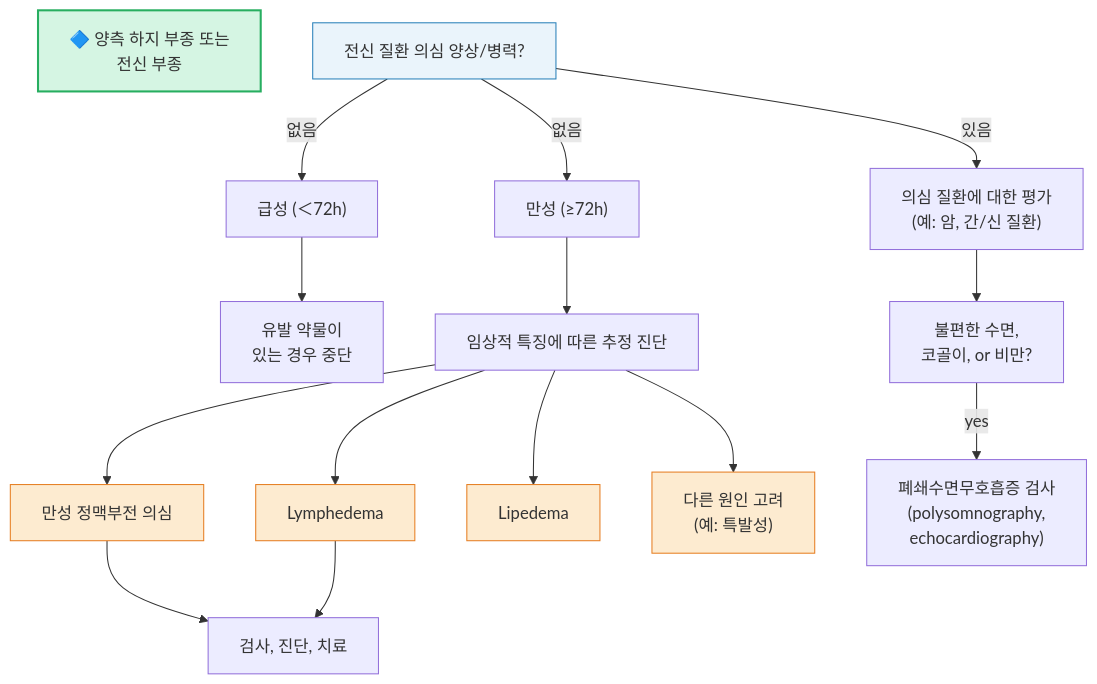
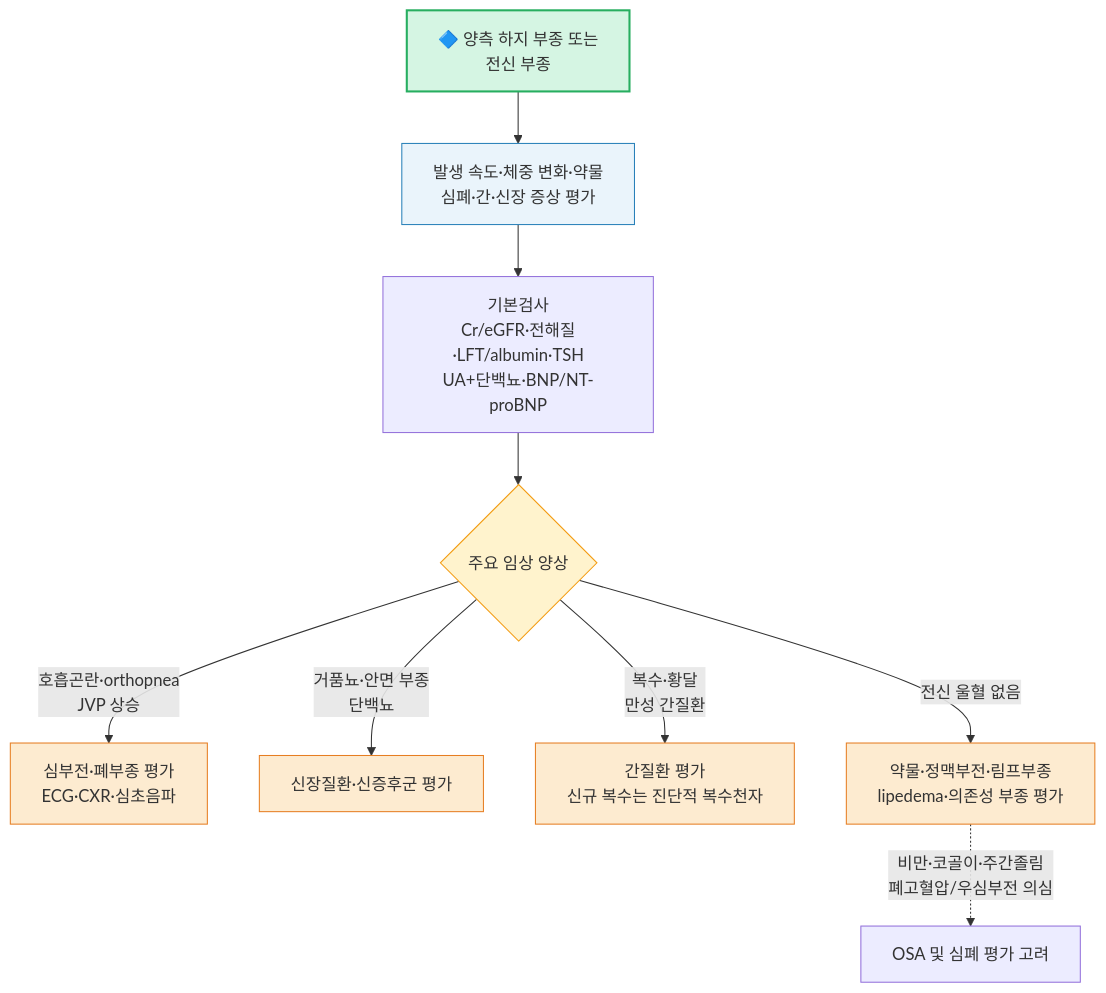
The third of 4 diagrams in 220_/012_-edema.md (familyoh77/familyoh77), drawn with Mermaid before and after one commit. The commit also changed other lines of this file, not shown here.

````diff
--- a/220_/012_-edema.md
+++ b/220_/012_-edema.md
@@ -220,32 +233,20 @@
 ```mermaid
 graph TD
 SG3["🔷 양측 하지 부종 또는 <br/>전신 부종"]
-
-        A3["전신 질환 의심 양상/병력?"]
-        A3 -- "없음" --> B3a["급성 (＜72h)"]
-        A3 -- "없음" --> B3b["만성 (≥72h)"]
-        B3a --> C3a["유발 약물이
-있는 경우 중단"]
-        B3b --> C3b["임상적 특징에 따른 추정 진단"]
-        C3b --> D3a["만성 정맥부전 의심"]
-        C3b --> D3b["Lymphedema"]
-        C3b --> D3c["Lipedema"]
-        C3b --> D3d["다른 원인 고려
-(예: 특발성)"]
-        D3a & D3b --> E3["검사, 진단, 치료"]
-        A3 -- "있음" --> B3c["의심 질환에 대한 평가
-(예: 암, 간/신 질환)"]
-        B3c --> C3c["불편한 수면,
-코골이, or 비만?"]
-        C3c -- "yes" --> D3e["폐쇄수면무호흡증 검사
-(polysomnography,
-echocardiography)"]
-    
+        SG3 --> A3["발생 속도·체중 변화·약물<br/>심폐·간·신장 증상 평가"]
+        A3 --> B3["기본검사<br/>Cr/eGFR·전해질·LFT/albumin·TSH<br/>UA+단백뇨·BNP/NT-proBNP"]
+        B3 --> C3{"주요 임상 양상"}
+        C3 -- "호흡곤란·orthopnea<br/>JVP 상승" --> D3a["심부전·폐부종 평가<br/>ECG·CXR·심초음파"]
+        C3 -- "거품뇨·안면 부종<br/>단백뇨" --> D3b["신장질환·신증후군 평가"]
+        C3 -- "복수·황달<br/>만성 간질환" --> D3c["간질환 평가<br/>신규 복수는 진단적 복수천자"]
+        C3 -- "전신 울혈 없음" --> D3d["약물·정맥부전·림프부종<br/>lipedema·의존성 부종 평가"]
+        D3d -. "비만·코골이·주간졸림<br/>폐고혈압/우심부전 의심" .-> E3["OSA 및 심폐 평가 고려"]
 
     style SG3 fill:#d5f5e3,stroke:#27ae60,stroke-width:2px
     style A3 fill:#eaf4fb,stroke:#2980b9
+    style C3 fill:#fff3cd,stroke:#f39c12
     style D3a fill:#fdebd0,stroke:#e67e22
     style D3b fill:#fdebd0,stroke:#e67e22
     style D3c fill:#fdebd0,stroke:#e67e22
     style D3d fill:#fdebd0,stroke:#e67e22
 ```
````
